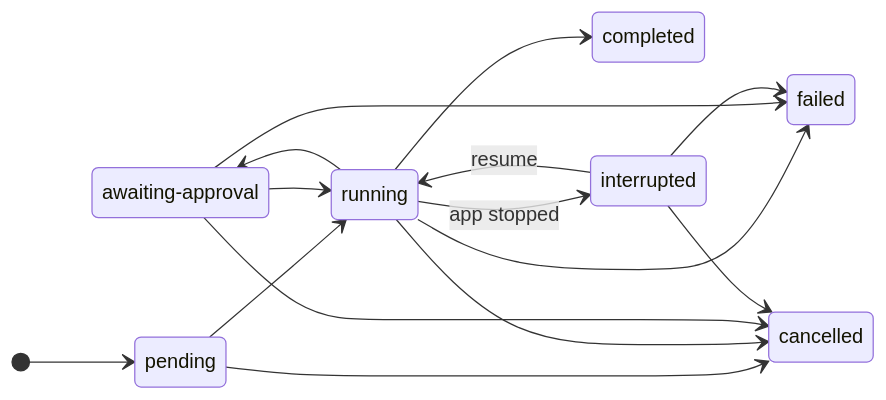
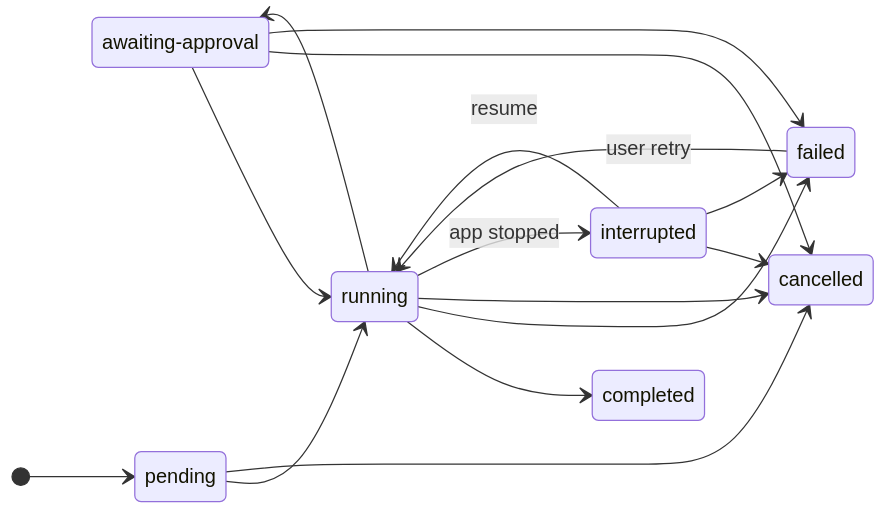
The second of 3 diagrams in packages/storage/SCHEMA.md (mimzand/autonomous-research-assistant), drawn with Mermaid before and after one commit. The commit also changed other lines of this file and 48 other files, not shown here.

````diff
--- a/packages/storage/SCHEMA.md
+++ b/packages/storage/SCHEMA.md
@@ -179,19 +200,20 @@
 ```mermaid
 stateDiagram-v2
   direction LR
   state "awaiting-approval" as AA
   [*] --> pending
   pending --> running
   pending --> cancelled
   running --> completed
   running --> failed
   running --> cancelled
   running --> AA
   running --> interrupted : app stopped
   AA --> running
   AA --> cancelled
   AA --> failed
   interrupted --> running : resume
   interrupted --> cancelled
   interrupted --> failed
+  failed --> running : user retry
 ```
````
